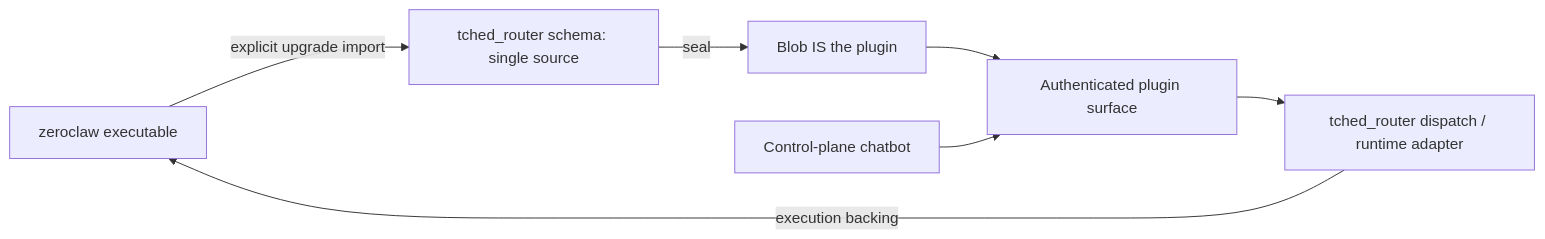
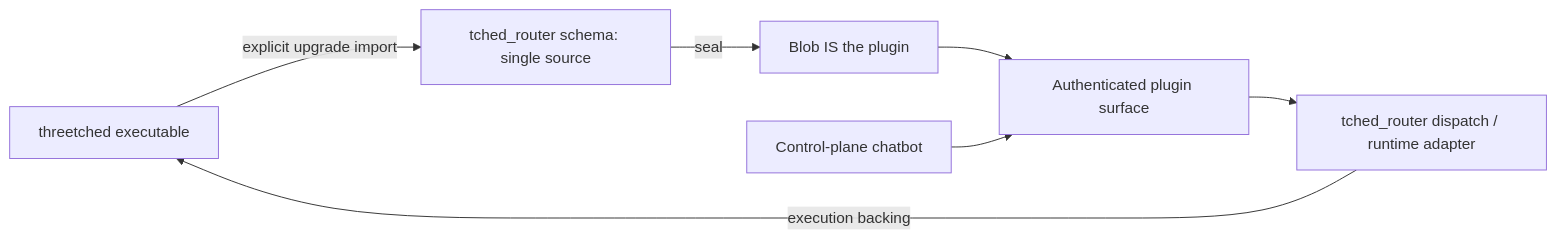
Before and after one commit to repr0bated/odbus-verified: the diagram in docs/src/architecture/overview.md, drawn with Mermaid. The commit also changed other lines of this file and 101 other files, not shown here.

````diff
--- a/docs/src/architecture/overview.md
+++ b/docs/src/architecture/overview.md
@@ -51,9 +52,9 @@
 ```mermaid
 flowchart LR
-    binary["zeroclaw executable"] -->|"explicit upgrade import"| plugin["tched_router schema: single source"]
+    binary["threetched executable"] -->|"explicit upgrade import"| plugin["tched_router schema: single source"]
     plugin -->|seal| blob["Blob IS the plugin"]
     blob --> surface["Authenticated plugin surface"]
     chatbot["Control-plane chatbot"] --> surface
     surface --> dispatch["tched_router dispatch / runtime adapter"]
     dispatch -->|"execution backing"| binary
 ```
````
